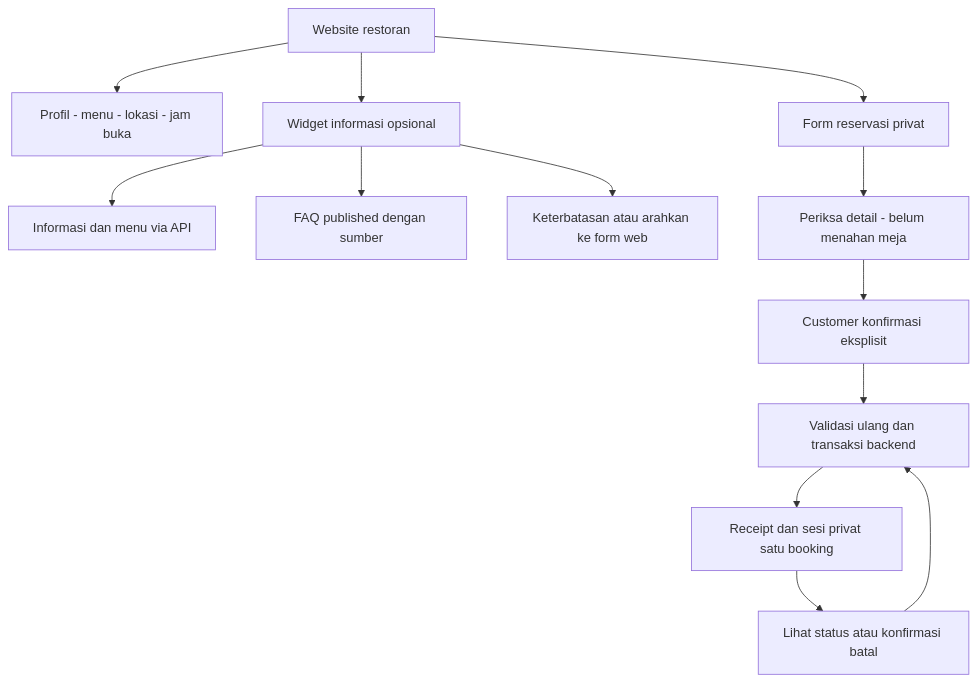
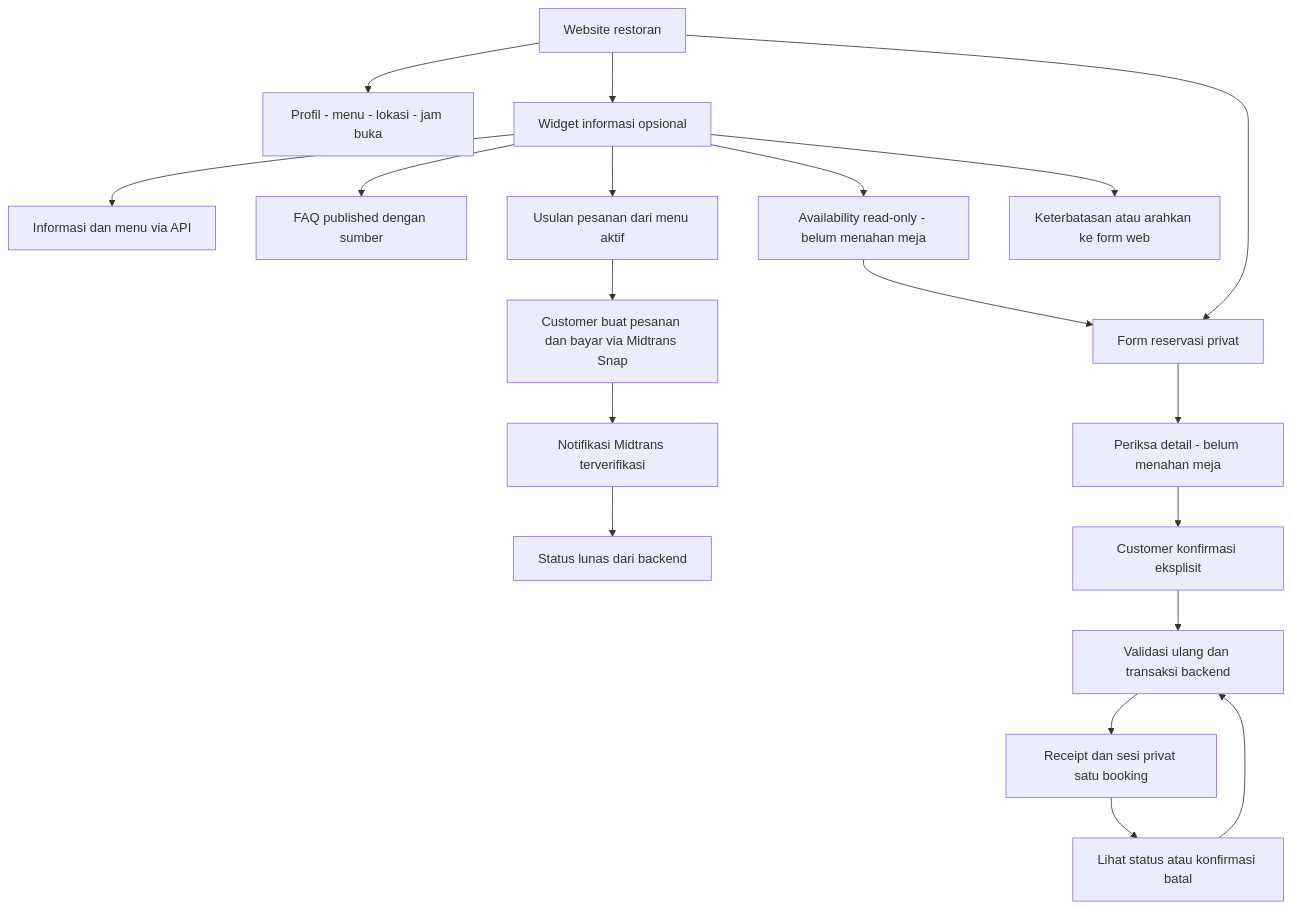
Before and after one commit to wisnufadhillah/Restaurant-Mulit-Tenant: the first of 11 diagrams in PRD — Restaurant Assistant MVP.md, drawn with Mermaid. The commit also changed other lines of this file and 1 other file, not shown here.

Commit message:
docs: define chat ordering and sandbox payment boundaries

````diff
--- a/PRD — Restaurant Assistant MVP.md
+++ b/PRD — Restaurant Assistant MVP.md
@@ -121,15 +137,21 @@
 ```mermaid
 flowchart TD
     Start[Website restoran] --> Pages[Profil - menu - lokasi - jam buka]
     Start --> Chat[Widget informasi opsional]
     Chat --> Tools[Informasi dan menu via API]
     Chat --> FAQ[FAQ published dengan sumber]
+    Chat --> Avail[Availability read-only - belum menahan meja]
+    Avail --> Form
+    Chat --> Order[Usulan pesanan dari menu aktif]
+    Order --> Pay[Customer buat pesanan dan bayar via Midtrans Snap]
+    Pay --> Notify[Notifikasi Midtrans terverifikasi]
+    Notify --> Paid[Status lunas dari backend]
     Chat --> Fallback[Keterbatasan atau arahkan ke form web]
     Start --> Form[Form reservasi privat]
     Form --> Summary[Periksa detail - belum menahan meja]
     Summary --> Confirm[Customer konfirmasi eksplisit]
     Confirm --> API[Validasi ulang dan transaksi backend]
     API --> Receipt[Receipt dan sesi privat satu booking]
     Receipt --> Manage[Lihat status atau konfirmasi batal]
     Manage --> API
 ```
````
